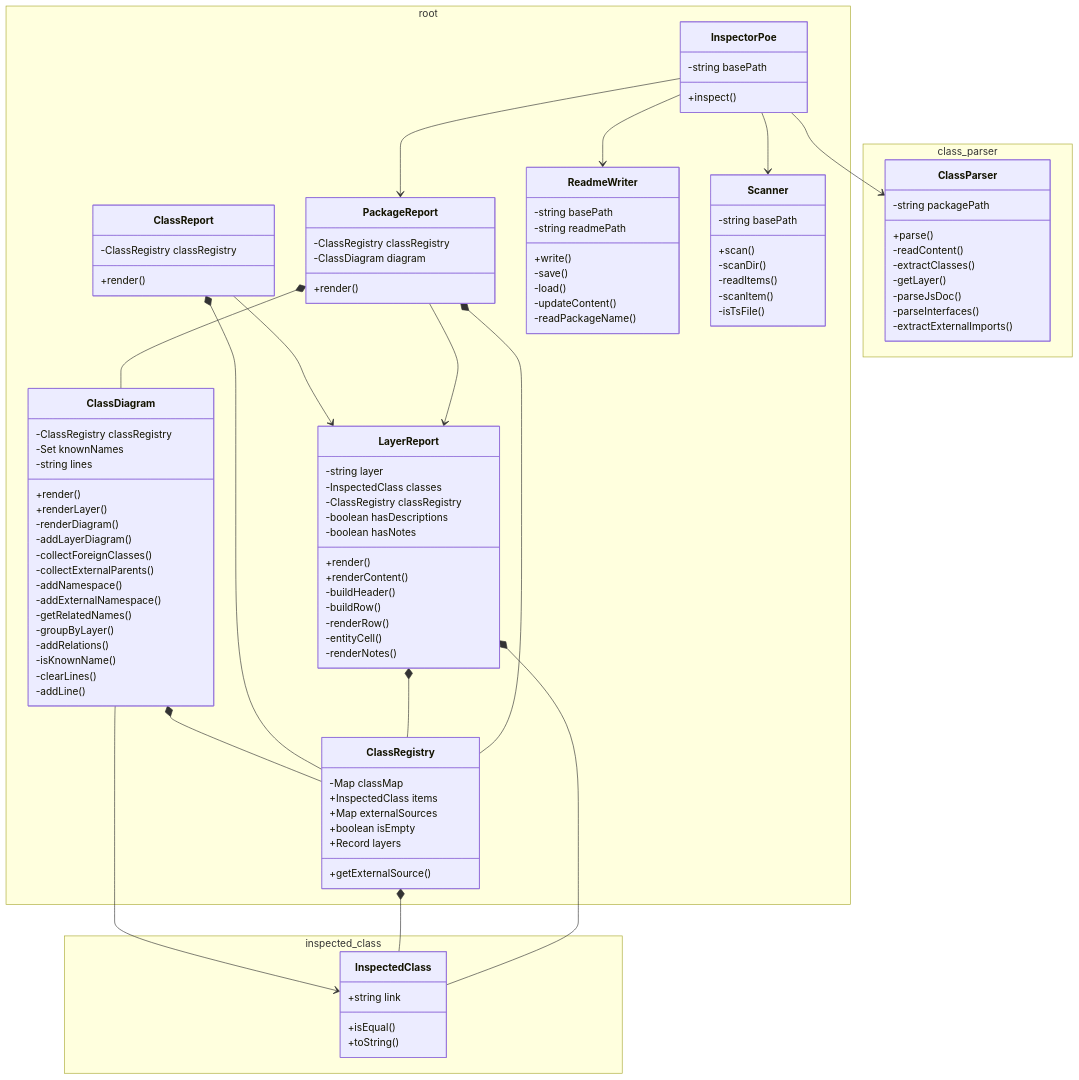
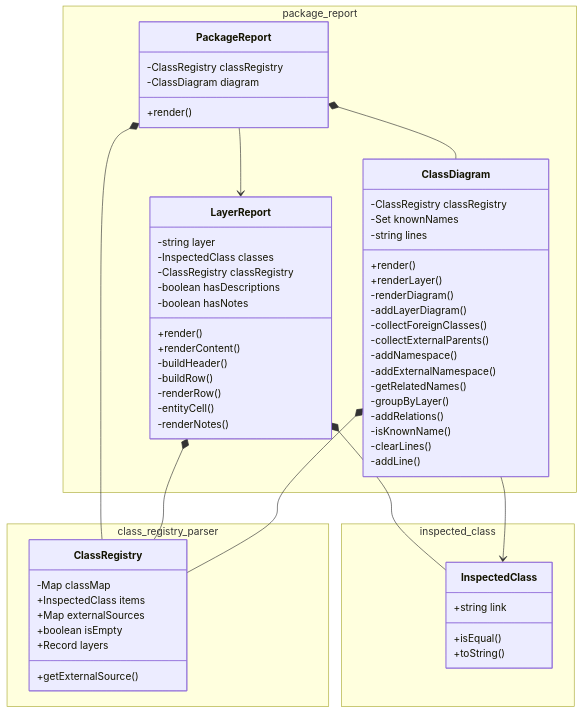
Before and after one commit to pslotinsky/decay-of-magic: the third of 5 diagrams in packages/poe/README.md, drawn with Mermaid. The commit also changed other lines of this file and 14 other files, not shown here.

````diff
--- a/packages/poe/README.md
+++ b/packages/poe/README.md
@@ -105,6 +115,6 @@
 ```mermaid
 classDiagram
-  namespace root {
+  namespace package_report {
     class ClassDiagram {
       -ClassRegistry classRegistry
       -Set knownNames
@@ -123,22 +133,6 @@
       -isKnownName()
       -clearLines()
       -addLine()
-    }
-    class ClassRegistry {
-      -Map classMap
-      +InspectedClass items
-      +Map externalSources
-      +boolean isEmpty
-      +Record layers
-      +getExternalSource()
-    }
-    class ClassReport {
-      -ClassRegistry classRegistry
-      +render()
-    }
-    class InspectorPoe {
-      -string basePath
-      +inspect()
     }
     class LayerReport {
       -string layer
@@ -159,22 +153,15 @@
       -ClassDiagram diagram
       +render()
     }
-    class ReadmeWriter {
-      -string basePath
-      -string readmePath
-      +write()
-      -save()
-      -load()
-      -updateContent()
-      -readPackageName()
-    }
-    class Scanner {
-      -string basePath
-      +scan()
-      -scanDir()
-      -readItems()
-      -scanItem()
-      -isTsFile()
+  }
+  namespace class_registry_parser {
+    class ClassRegistry {
+      -Map classMap
+      +InspectedClass items
+      +Map externalSources
+      +boolean isEmpty
+      +Record layers
+      +getExternalSource()
     }
   }
   namespace inspected_class {
@@ -184,28 +171,9 @@
       +toString()
     }
   }
-  namespace class_parser {
-    class ClassParser {
-      -string packagePath
-      +parse()
-      -readContent()
-      -extractClasses()
-      -getLayer()
-      -parseJsDoc()
-      -parseInterfaces()
-      -extractExternalImports()
-    }
-  }
 
   ClassDiagram *-- ClassRegistry
   ClassDiagram --> InspectedClass
-  ClassRegistry *-- InspectedClass
-  ClassReport *-- ClassRegistry
-  ClassReport --> LayerReport
-  InspectorPoe --> ClassParser
-  InspectorPoe --> PackageReport
-  InspectorPoe --> ReadmeWriter
-  InspectorPoe --> Scanner
   LayerReport *-- InspectedClass
   LayerReport *-- ClassRegistry
   PackageReport *-- ClassRegistry
````
